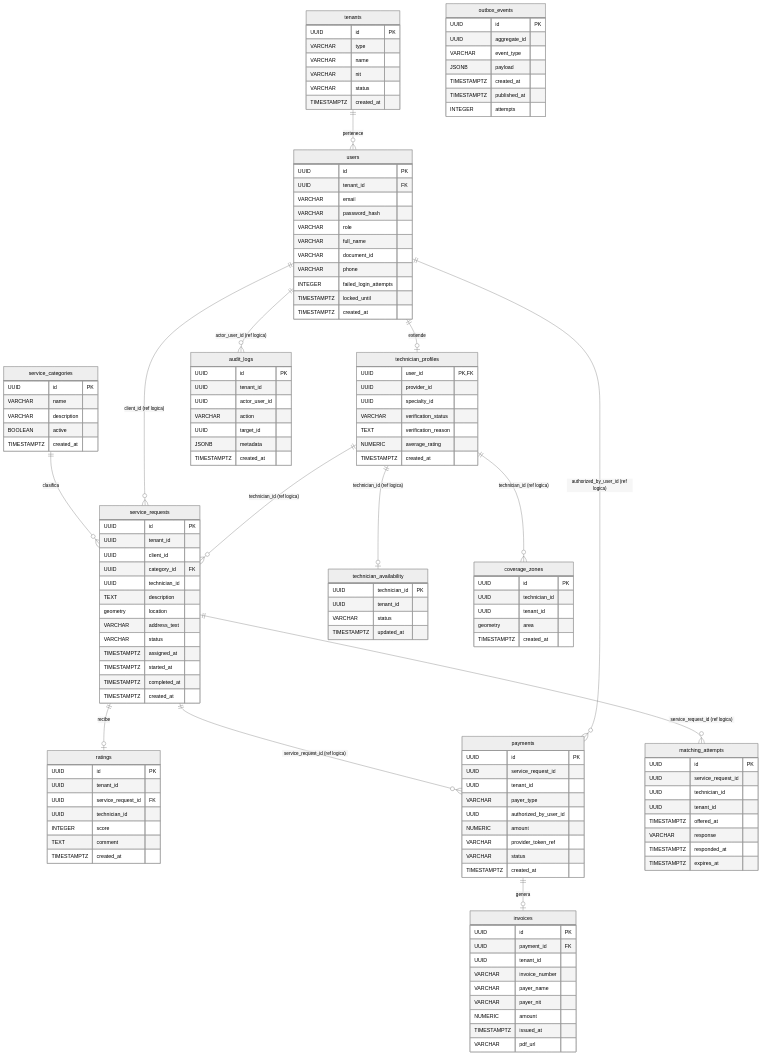
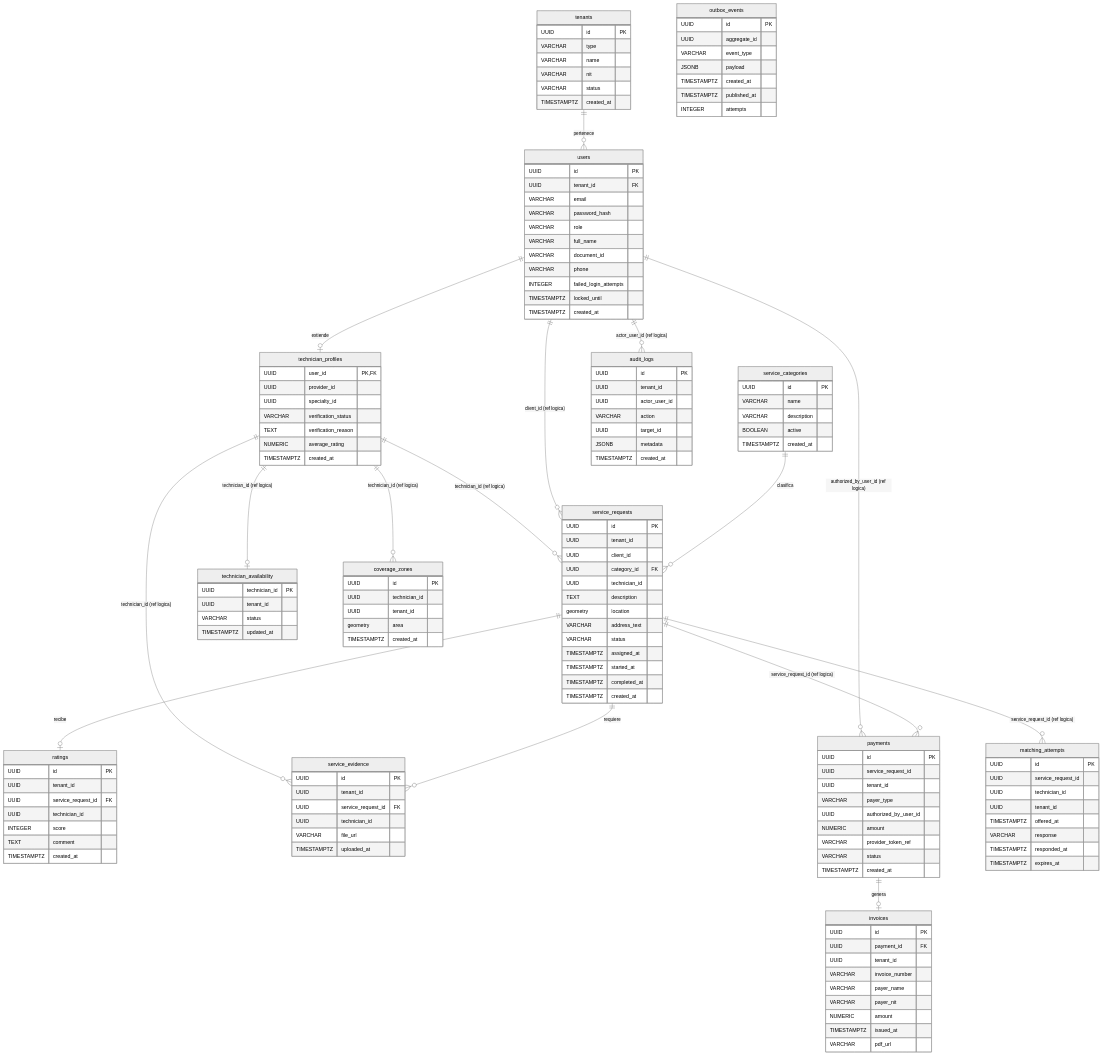
One commit to sebas0430/Arquitectura changed the diagram in Documentos/DD.md. Above: the diagram before and after it, drawn with Mermaid (neutral theme). The commit also changed other lines of this file and 3 other files, not shown here.

```diff
--- a/Documentos/DD.md
+++ b/Documentos/DD.md
@@ -129,6 +130,7 @@
     users ||--o| technician_profiles : extiende
     service_categories ||--o{ service_requests : clasifica
     service_requests ||--o| ratings : recibe
+    service_requests ||--o{ service_evidence : requiere
     payments ||--o| invoices : genera
 
     %% ===== Referencias logicas (sin FK fisica, entre microservicios) =====
@@ -136,6 +138,7 @@
     technician_profiles ||--o{ service_requests : "technician_id (ref logica)"
     technician_profiles ||--o| technician_availability : "technician_id (ref logica)"
     technician_profiles ||--o{ coverage_zones : "technician_id (ref logica)"
+    technician_profiles ||--o{ service_evidence : "technician_id (ref logica)"
     service_requests ||--o{ matching_attempts : "service_request_id (ref logica)"
     service_requests ||--o{ payments : "service_request_id (ref logica)"
     users ||--o{ payments : "authorized_by_user_id (ref logica)"
@@ -208,6 +211,15 @@
         TIMESTAMPTZ created_at
     }
 
+    service_evidence {
+        UUID id PK
+        UUID tenant_id
+        UUID service_request_id FK
+        UUID technician_id
+        VARCHAR file_url
+        TIMESTAMPTZ uploaded_at
+    }
+
     technician_availability {
         UUID technician_id PK
         UUID tenant_id
```
